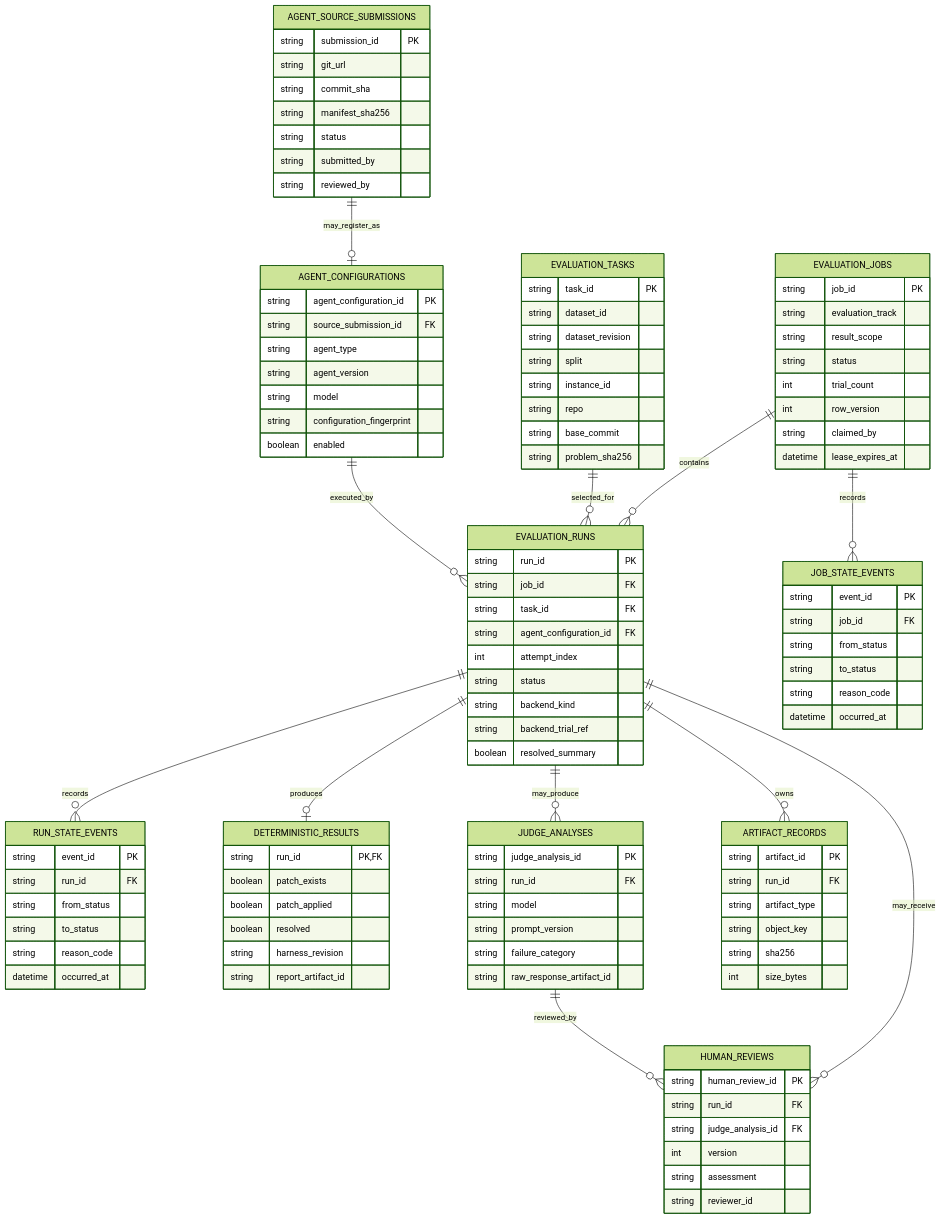
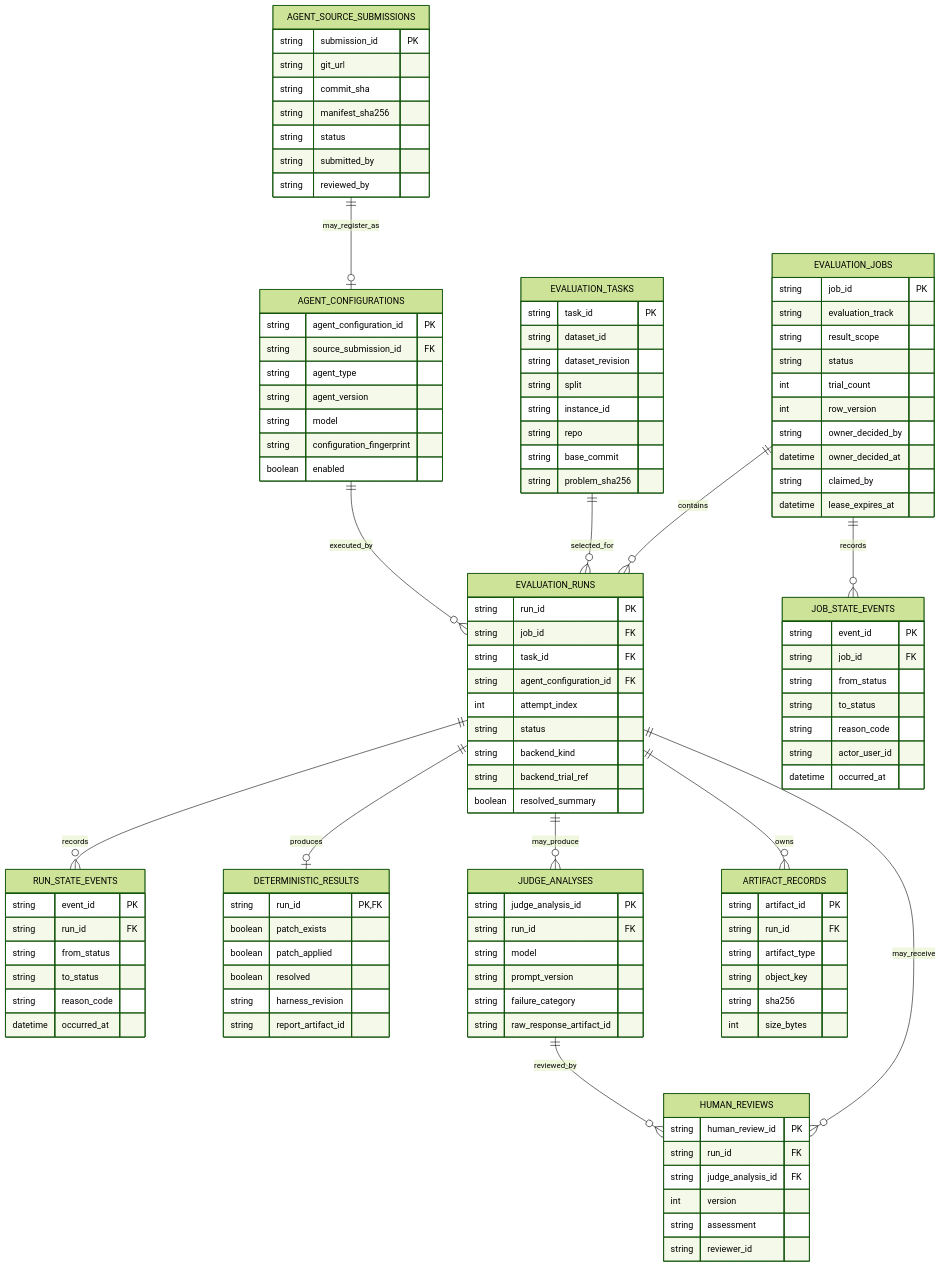
Before and after one commit to anphuchoang5-sys/agent-exam: the first of 5 diagrams in docs/architecture/DATA_MODEL.md, drawn with Mermaid (forest theme). The commit also changed other lines of this file and 7 other files, not shown here.

Commit message:
docs: add owner-approved remote evaluation flow

```diff
--- a/docs/architecture/DATA_MODEL.md
+++ b/docs/architecture/DATA_MODEL.md
@@ -80,6 +80,8 @@
       string status
       int trial_count
       int row_version
+      string owner_decided_by
+      datetime owner_decided_at
       string claimed_by
       datetime lease_expires_at
     }
@@ -100,6 +102,7 @@
       string from_status
       string to_status
       string reason_code
+      string actor_user_id
       datetime occurred_at
     }
     RUN_STATE_EVENTS {
```
